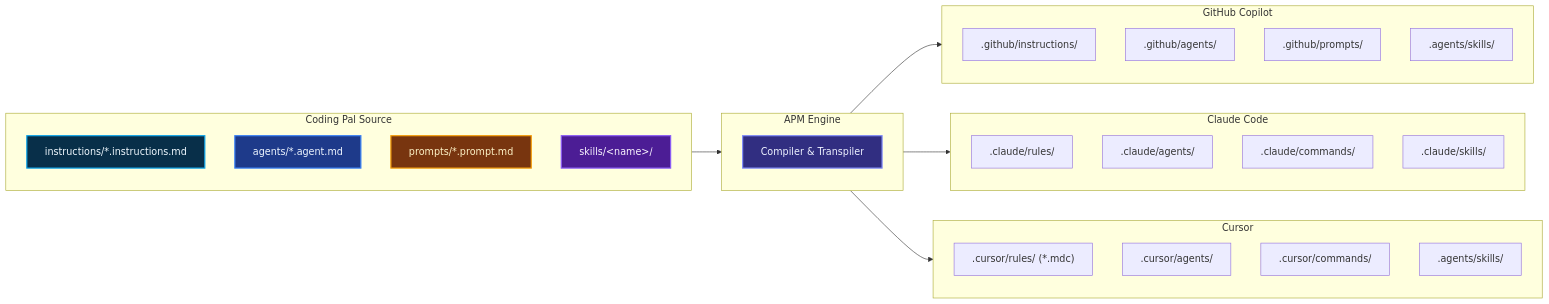
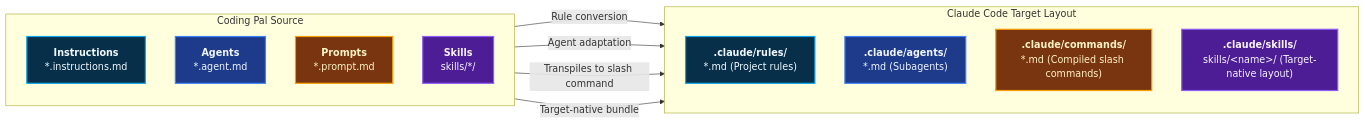
One commit to ALTEN-group/coding-pal changed the third of 4 diagrams in website/docs/guide/apm-distribution.md. Above: the diagram before and after it, drawn with Mermaid. The commit also changed other lines of this file and 19 other files, not shown here.

````diff
--- a/website/docs/guide/apm-distribution.md
+++ b/website/docs/guide/apm-distribution.md
@@ -9,54 +113,36 @@
 ```mermaid
 ---
-caption: APM Distribution Mapping Matrix
+caption: Claude Code Target Mapping & Transpilation
 ---
-graph LR
-    subgraph CodingPal ["Coding Pal Source"]
-        I["instructions/*.instructions.md"]
-        A["agents/*.agent.md"]
-        P["prompts/*.prompt.md"]
-        S["skills/&lt;name&gt;/"]
+flowchart LR
+    subgraph Source ["Coding Pal Source"]
+        direction TB
+        I2["<b>Instructions</b><br/>*.instructions.md"]
+        A2["<b>Agents</b><br/>*.agent.md"]
+        P2["<b>Prompts</b><br/>*.prompt.md"]
+        S2["<b>Skills</b><br/>skills/*/"]
     end
 
-    subgraph APM ["APM Engine"]
-        T["Compiler & Transpiler"]
+    subgraph Claude ["Claude Code Target Layout"]
+        direction TB
+        CR["<b>.claude/rules/</b><br/>*.md (Project rules)"]
+        CG["<b>.claude/agents/</b><br/>*.md (Subagents)"]
+        CC["<b>.claude/commands/</b><br/>*.md (Compiled slash commands)"]
+        CL["<b>.claude/skills/</b><br/>skills/&lt;name&gt;/ (Target-native layout)"]
     end
 
-    subgraph Copilot ["GitHub Copilot"]
-        CI[".github/instructions/"]
-        CA[".github/agents/"]
-        CP[".github/prompts/"]
-        CS[".agents/skills/"]
-    end
-
-    subgraph Claude ["Claude Code"]
-        CR[".claude/rules/"]
-        CG[".claude/agents/"]
-        CC[".claude/commands/"]
-        CL[".claude/skills/"]
-    end
-
-    subgraph Cursor ["Cursor"]
-        UR[".cursor/rules/ (*.mdc)"]
-        UA[".cursor/agents/"]
-        UC[".cursor/commands/"]
-        US[".agents/skills/"]
-    end
-
-    CodingPal --> APM
-    APM --> Copilot
-    APM --> Claude
-    APM --> Cursor
+    I2 -->|Rule conversion| CR
+    A2 -->|Agent adaptation| CG
+    P2 -->|Transpiles to slash command| CC
+    S2 -->|Target-native bundle| CL
 
     classDef instruction fill:#082f49,stroke:#0ea5e9,stroke-width:2px,color:#f0f9ff;
     classDef agent fill:#1e3a8a,stroke:#3b82f6,stroke-width:2px,color:#eff6ff;
+    classDef prompt fill:#78350f,stroke:#f59e0b,stroke-width:2px,color:#fef3c7;
     classDef skill fill:#4c1d95,stroke:#8b5cf6,stroke-width:2px,color:#faf5ff;
-    classDef prompt fill:#78350f,stroke:#f59e0b,stroke-width:2px,color:#fef3c7;
-    classDef compiler fill:#312e81,stroke:#818cf8,stroke-width:2px,color:#eef2ff;
 
-    class I instruction;
-    class A agent;
-    class P prompt;
-    class S skill;
-    class T compiler;
+    class I2,CR instruction;
+    class A2,CG agent;
+    class P2,CC prompt;
+    class S2,CL skill;
 ```
````
